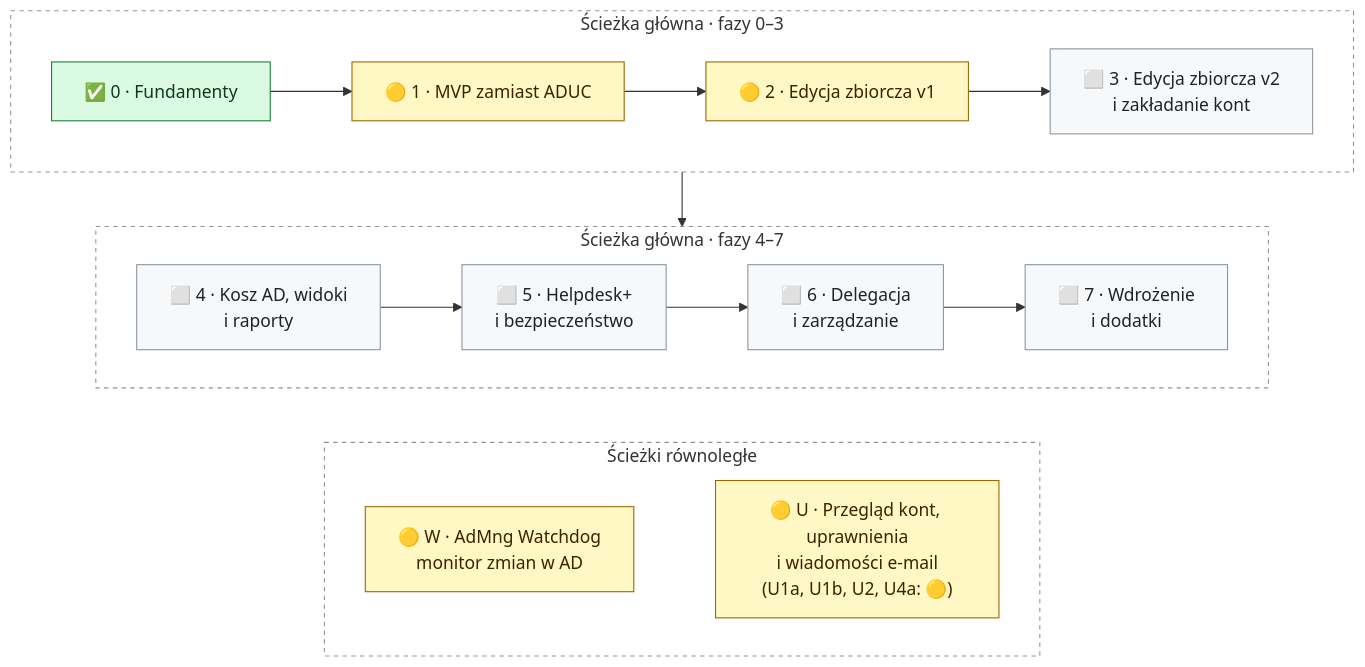
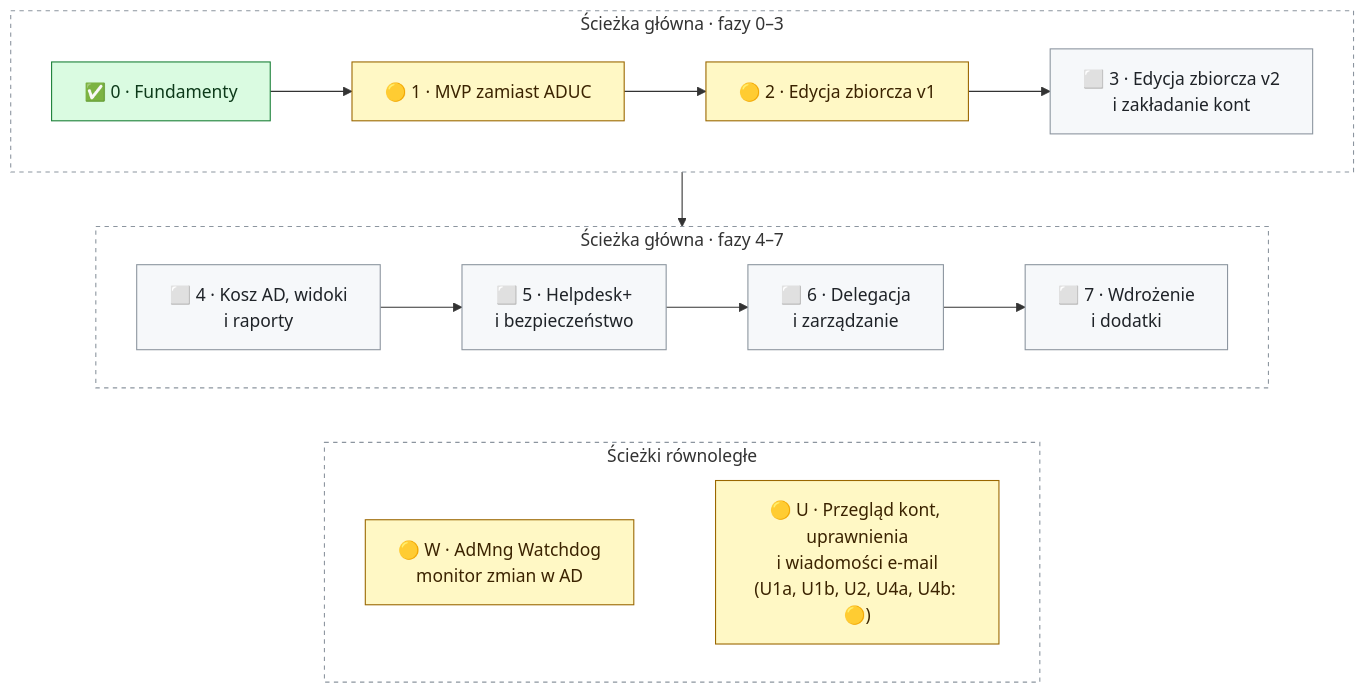
One commit to DarienRahl/AD_MNG changed the diagram in README.md. Above: the diagram before and after it, drawn with Mermaid. The commit also changed other lines of this file and 1 other file, not shown here.

````diff
--- a/README.md
+++ b/README.md
@@ -160,26 +160,26 @@
 ```mermaid
 flowchart TB
     subgraph A["Ścieżka główna · fazy 0–3"]
         direction LR
         F0["✅ 0 · Fundamenty"] --> F1["🟡 1 · MVP zamiast ADUC"] --> F2["🟡 2 · Edycja zbiorcza v1"] --> F3["⬜ 3 · Edycja zbiorcza v2<br/>i zakładanie kont"]
     end
     subgraph B["Ścieżka główna · fazy 4–7"]
         direction LR
         F4["⬜ 4 · Kosz AD, widoki<br/>i raporty"] --> F5["⬜ 5 · Helpdesk+<br/>i bezpieczeństwo"] --> F6["⬜ 6 · Delegacja<br/>i zarządzanie"] --> F7["⬜ 7 · Wdrożenie<br/>i dodatki"]
     end
     subgraph C["Ścieżki równoległe"]
         direction LR
-        W["🟡 W · AdMng Watchdog<br/>monitor zmian w AD"] ~~~ U["🟡 U · Przegląd kont, uprawnienia<br/>i wiadomości e-mail<br/>(U1a, U1b, U2, U4a: 🟡)"]
+        W["🟡 W · AdMng Watchdog<br/>monitor zmian w AD"] ~~~ U["🟡 U · Przegląd kont, uprawnienia<br/>i wiadomości e-mail<br/>(U1a, U1b, U2, U4a, U4b: 🟡)"]
     end
     A --> B
     B ~~~ C
     classDef done fill:#dafbe1,stroke:#1a7f37,color:#0d3a1a
     classDef wip fill:#fff8c5,stroke:#9a6700,color:#3b2300
     classDef todo fill:#f6f8fa,stroke:#8c959f,color:#1f2328
     class F0 done
     class F1,F2,W,U wip
     class F3,F4,F5,F6,F7 todo
     style A fill:transparent,stroke:#8c959f,stroke-dasharray:4 4
     style B fill:transparent,stroke:#8c959f,stroke-dasharray:4 4
     style C fill:transparent,stroke:#8c959f,stroke-dasharray:4 4
 ```
````
